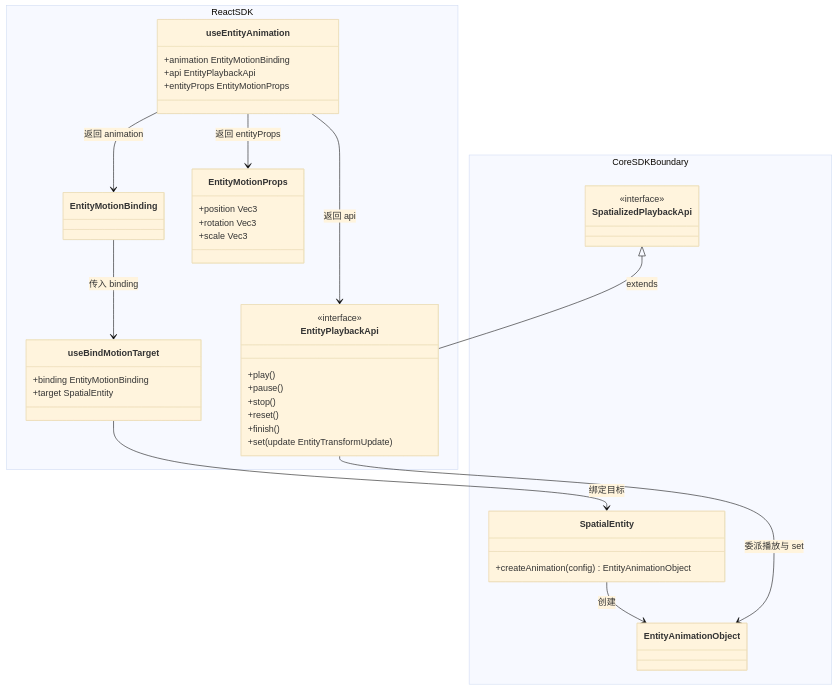
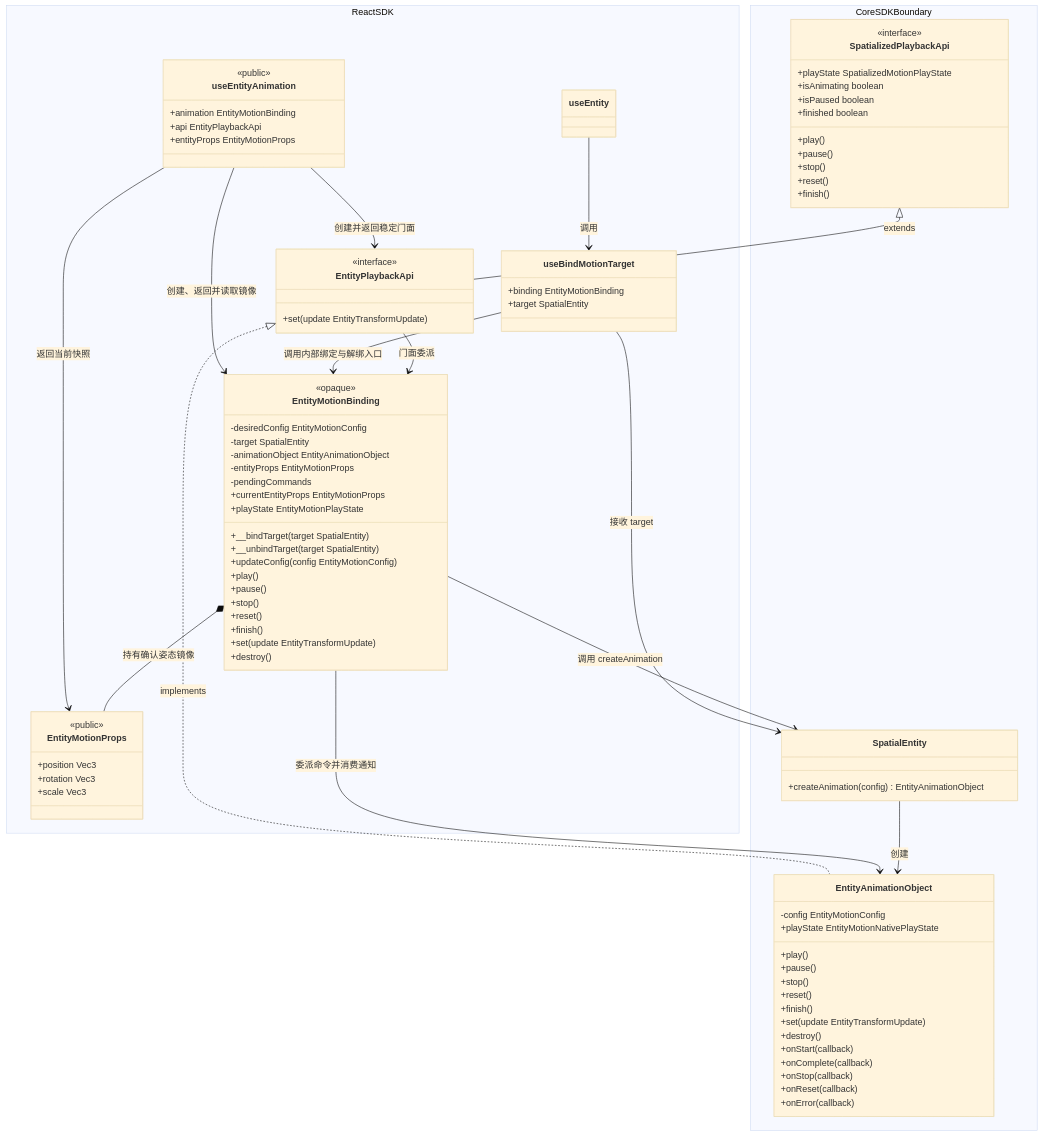
One commit to webspatial/webspatial-sdk changed the fifth of 14 diagrams in openspec/changes/redesign-entity-motion-api/design.zh.md. Above: the diagram before and after it, drawn with Mermaid (base theme). The commit also changed other lines of this file and 1 other file, not shown here.

Commit message:
docs: clarify entity motion React object roles

````diff
--- a/openspec/changes/redesign-entity-motion-api/design.zh.md
+++ b/openspec/changes/redesign-entity-motion-api/design.zh.md
@@ -438,25 +459,43 @@
 classDiagram
     namespace ReactSDK {
         class useEntityAnimation {
+            <<public>>
             +animation EntityMotionBinding
             +api EntityPlaybackApi
             +entityProps EntityMotionProps
         }
         class EntityPlaybackApi {
             <<interface>>
+            <<public>>
+            +set(update EntityTransformUpdate)
+        }
+        class EntityMotionBinding {
+            <<opaque>>
+            -desiredConfig EntityMotionConfig
+            -target SpatialEntity
+            -animationObject EntityAnimationObject
+            -entityProps EntityMotionProps
+            -pendingCommands
+            +currentEntityProps EntityMotionProps
+            +playState EntityMotionPlayState
+            +__bindTarget(target SpatialEntity)
+            +__unbindTarget(target SpatialEntity)
+            +updateConfig(config EntityMotionConfig)
             +play()
             +pause()
             +stop()
             +reset()
             +finish()
             +set(update EntityTransformUpdate)
+            +destroy()
         }
-        class EntityMotionBinding
         class EntityMotionProps {
+            <<public>>
             +position Vec3
             +rotation Vec3
             +scale Vec3
         }
+        class useEntity
         class useBindMotionTarget {
             +binding EntityMotionBinding
             +target SpatialEntity
@@ -465,18 +504,47 @@
     namespace CoreSDKBoundary {
         class SpatializedPlaybackApi {
             <<interface>>
+            +play()
+            +pause()
+            +stop()
+            +reset()
+            +finish()
+            +playState SpatializedMotionPlayState
+            +isAnimating boolean
+            +isPaused boolean
+            +finished boolean
         }
         class SpatialEntity {
             +createAnimation(config) EntityAnimationObject
         }
-        class EntityAnimationObject
+        class EntityAnimationObject {
+            -config EntityMotionConfig
+            +playState EntityMotionNativePlayState
+            +play()
+            +pause()
+            +stop()
+            +reset()
+            +finish()
+            +set(update EntityTransformUpdate)
+            +destroy()
+            +onStart(callback)
+            +onComplete(callback)
+            +onStop(callback)
+            +onReset(callback)
+            +onError(callback)
+        }
     }
-    useEntityAnimation --> EntityMotionBinding : 返回 animation
-    useEntityAnimation --> EntityPlaybackApi : 返回 api
-    useEntityAnimation --> EntityMotionProps : 返回 entityProps
-    EntityMotionBinding --> useBindMotionTarget : 传入 binding
-    useBindMotionTarget --> SpatialEntity : 绑定目标
+    useEntityAnimation --> EntityMotionBinding : 创建、返回并读取镜像
+    useEntityAnimation --> EntityPlaybackApi : 创建并返回稳定门面
+    useEntityAnimation --> EntityMotionProps : 返回当前快照
+    EntityMotionBinding *-- EntityMotionProps : 持有确认姿态镜像
+    useEntity --> useBindMotionTarget : 调用
+    useBindMotionTarget --> EntityMotionBinding : 调用内部绑定与解绑入口
+    useBindMotionTarget --> SpatialEntity : 接收 target
     SpatializedPlaybackApi <|-- EntityPlaybackApi : extends
+    EntityPlaybackApi <|.. EntityAnimationObject : implements
+    EntityPlaybackApi --> EntityMotionBinding : 门面委派
+    EntityMotionBinding --> SpatialEntity : 调用 createAnimation
+    EntityMotionBinding --> EntityAnimationObject : 委派命令并消费通知
     SpatialEntity --> EntityAnimationObject : 创建
-    EntityPlaybackApi --> EntityAnimationObject : 委派播放与 set
 ```
````
